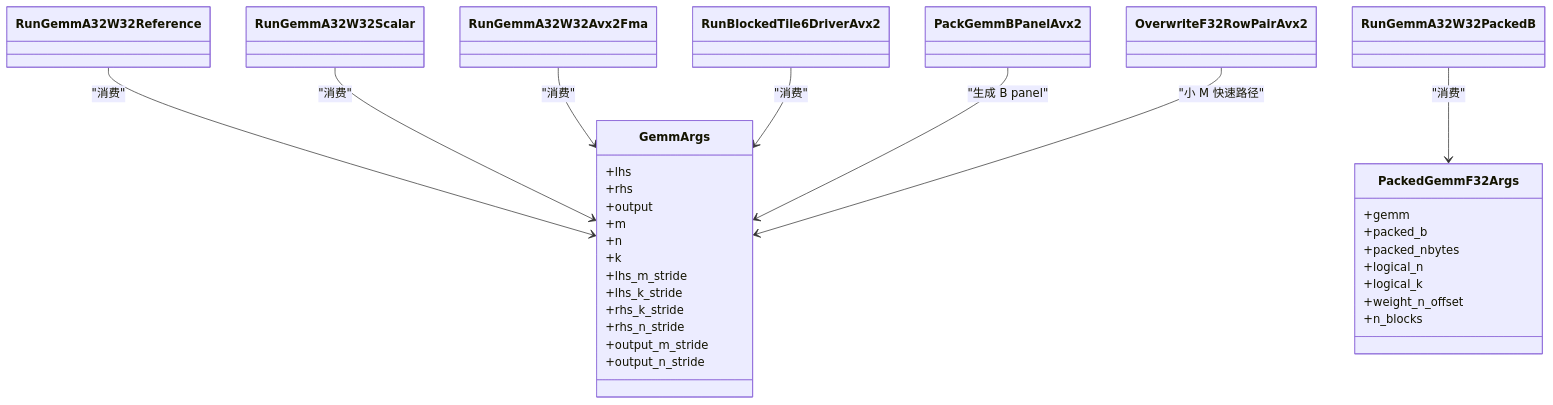
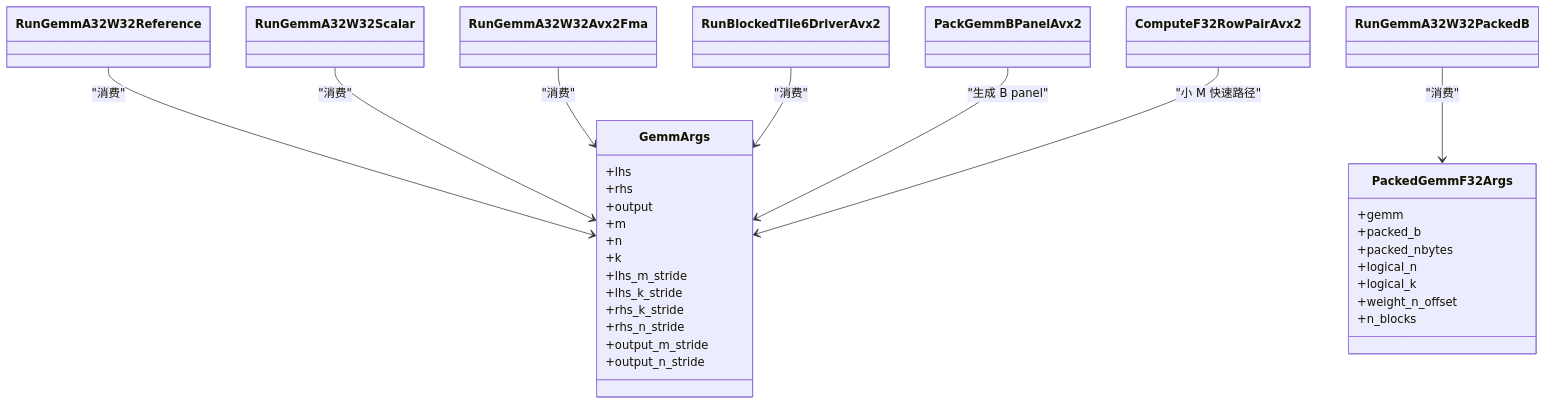
One commit to fengjiran/AetherMind changed the fourth of 5 diagrams in docs/handbook/算子系统/SIMD 优化内核.md. Above: the diagram before and after it, drawn with Mermaid. The commit also changed other lines of this file and 3 other files, not shown here.

Commit message:
docs(gemm): sync handbooks with blocked output overwrite

````diff
--- a/docs/handbook/算子系统/SIMD 优化内核.md
+++ b/docs/handbook/算子系统/SIMD 优化内核.md
@@ -198,43 +198,43 @@
 ```mermaid
 classDiagram
     class GemmArgs {
         +lhs
         +rhs
         +output
         +m
         +n
         +k
         +lhs_m_stride
         +lhs_k_stride
         +rhs_k_stride
         +rhs_n_stride
         +output_m_stride
         +output_n_stride
     }
 
     class PackedGemmF32Args {
         +gemm
         +packed_b
         +packed_nbytes
         +logical_n
         +logical_k
         +weight_n_offset
         +n_blocks
     }
 
     class RunGemmA32W32Reference
     class RunGemmA32W32Scalar
     class RunGemmA32W32Avx2Fma
     class RunGemmA32W32PackedB
     class PackGemmBPanelAvx2
-    class OverwriteF32RowPairAvx2
+    class ComputeF32RowPairAvx2
     class RunBlockedTile6DriverAvx2
 
     RunGemmA32W32Reference --> GemmArgs : "消费"
     RunGemmA32W32Scalar --> GemmArgs : "消费"
     RunGemmA32W32Avx2Fma --> GemmArgs : "消费"
     RunGemmA32W32PackedB --> PackedGemmF32Args : "消费"
     RunBlockedTile6DriverAvx2 --> GemmArgs : "消费"
     PackGemmBPanelAvx2 --> GemmArgs : "生成 B panel"
-    OverwriteF32RowPairAvx2 --> GemmArgs : "小 M 快速路径"
+    ComputeF32RowPairAvx2 --> GemmArgs : "小 M 快速路径"
 ```
````
